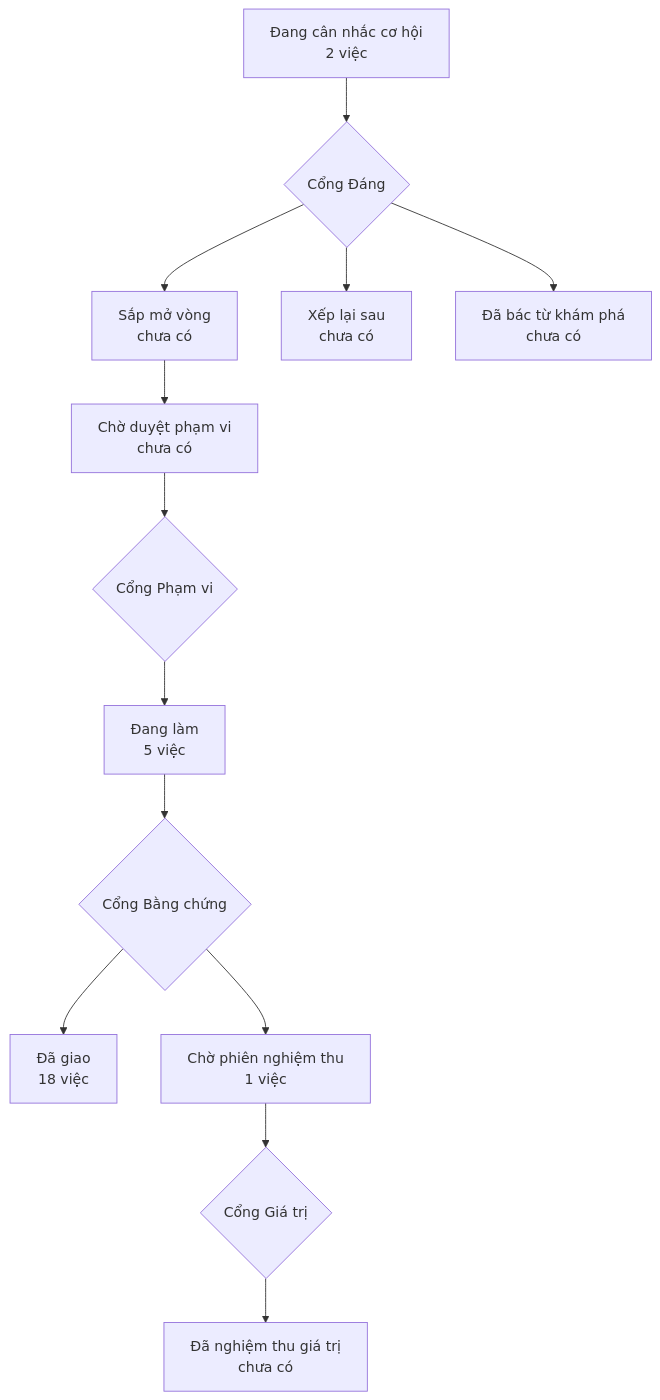
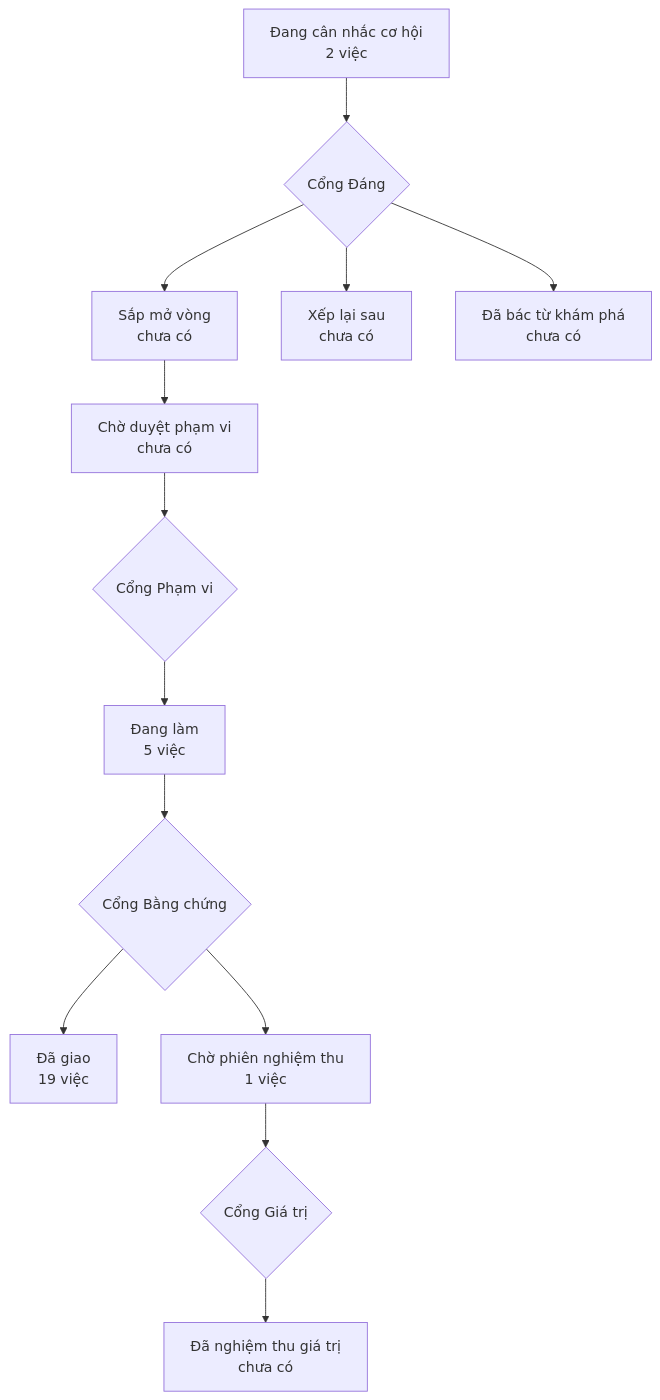
The diagram in PRODUCT-MAP.md (phanlemanh/crm-onehub), drawn with Mermaid before and after one commit.

Commit message:
chore: hợp nhất onehub và dựng lại bản đồ sản phẩm

````diff
--- a/PRODUCT-MAP.md
+++ b/PRODUCT-MAP.md
@@ -6,12 +6,12 @@
 ```mermaid
 flowchart TD
   A["Đang cân nhắc cơ hội<br/>2 việc"] --> GD{"Cổng Đáng"}
   GD --> B["Sắp mở vòng<br/>chưa có"]
   GD --> XL["Xếp lại sau<br/>chưa có"]
   GD --> DB["Đã bác từ khám phá<br/>chưa có"]
   B --> CD["Chờ duyệt phạm vi<br/>chưa có"] --> GP{"Cổng Phạm vi"}
   GP --> DL["Đang làm<br/>5 việc"] --> GB{"Cổng Bằng chứng"}
-  GB --> DG["Đã giao<br/>18 việc"]
+  GB --> DG["Đã giao<br/>19 việc"]
   GB --> CN["Chờ phiên nghiệm thu<br/>1 việc"] --> GG{"Cổng Giá trị"}
   GG --> NT["Đã nghiệm thu giá trị<br/>chưa có"]
 ```
````
